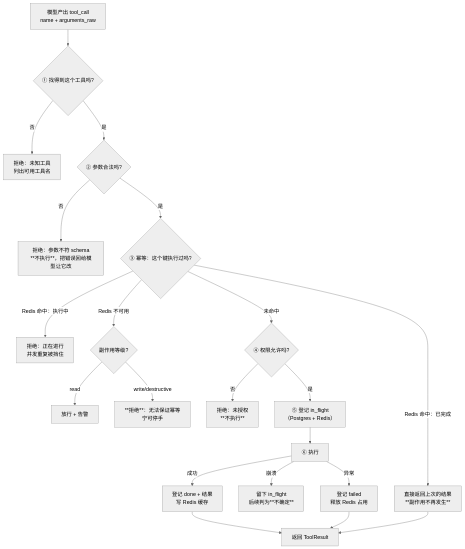
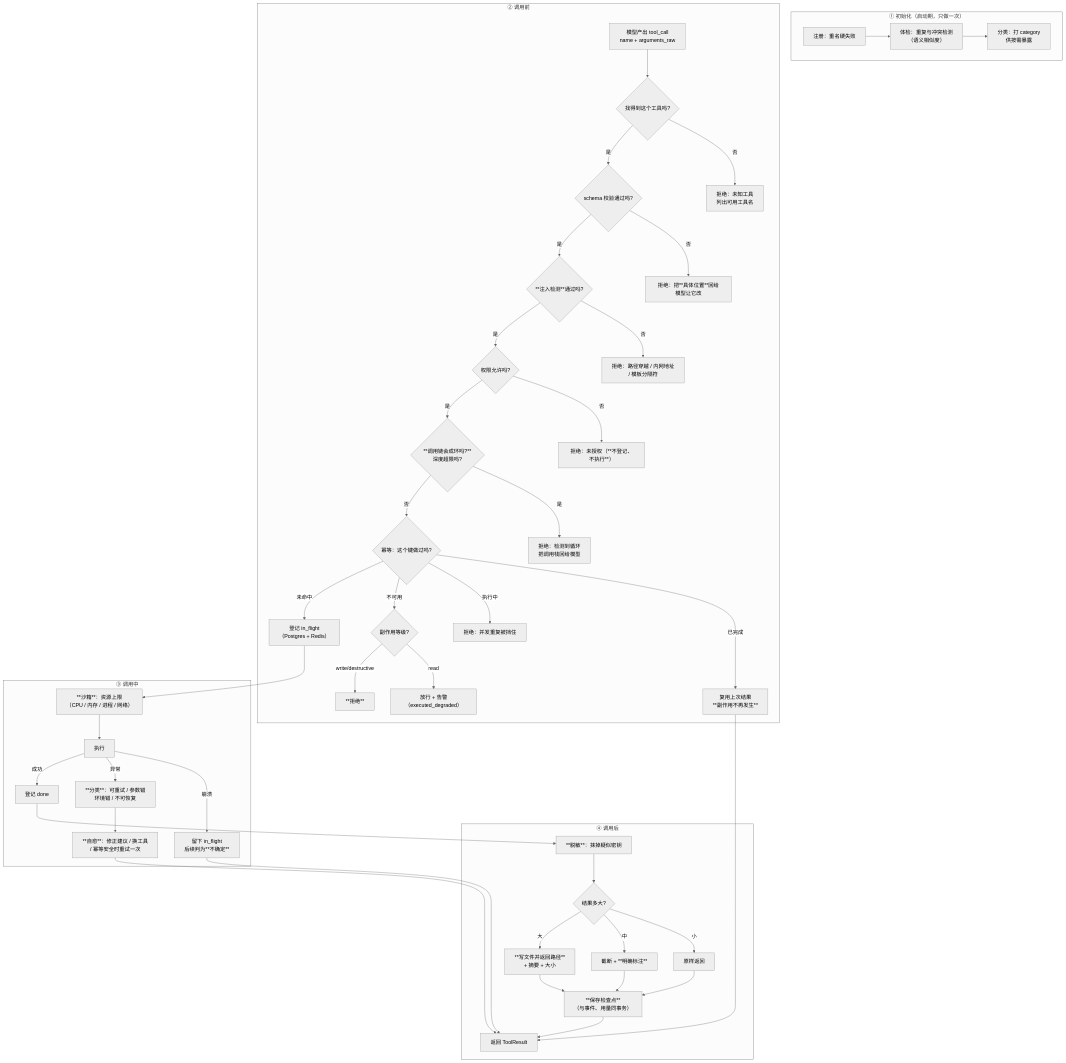
One commit to xiaokun715/BesaAgent changed the diagram in docs/tool/需求说明书-tool.md. Above: the diagram before and after it, drawn with Mermaid (neutral theme). The commit also changed other lines of this file and 18 other files, not shown here.

First line of the commit message:
feat(tool): 补上工具生命周期的另外三段 —— 初始化 / 调用中 / 调用后安全项

````diff
--- a/docs/tool/需求说明书-tool.md
+++ b/docs/tool/需求说明书-tool.md
@@ -131,23 +134,49 @@
 ```mermaid
 flowchart TD
-    A["模型产出 tool_call<br/>name + arguments_raw"] --> B{"① 找得到这个工具吗?"}
-    B -- 否 --> B1["拒绝：未知工具<br/>列出可用工具名"]
-    B -- 是 --> C{"② 参数合法吗?"}
-    C -- 否 --> C1["拒绝：参数不符 schema<br/>**不执行**，把错误回给模型让它改"]
-    C -- 是 --> D{"③ 幂等：这个键执行过吗?"}
-    D -- "Redis 命中：已完成" --> D1["直接返回上次的结果<br/>**副作用不再发生**"]
-    D -- "Redis 命中：执行中" --> D2["拒绝：正在进行<br/>并发重复被挡住"]
-    D -- "Redis 不可用" --> D3{"副作用等级?"}
-    D3 -- "read" --> D4["放行 + 告警"]
-    D3 -- "write/destructive" --> D5["**拒绝**：无法保证幂等<br/>宁可停手"]
-    D -- "未命中" --> E{"④ 权限允许吗?"}
-    E -- 否 --> E1["拒绝：未授权<br/>**不执行**"]
-    E -- 是 --> F["⑤ 登记 in_flight<br/>（Postgres + Redis）"]
-    F --> G["⑥ 执行"]
-    G -- 崩溃 --> G1["留下 in_flight<br/>后续判为**不确定**"]
-    G -- 异常 --> H1["登记 failed<br/>释放 Redis 占用"]
-    G -- 成功 --> H2["登记 done + 结果<br/>写 Redis 缓存"]
-    H2 --> I["返回 ToolResult"]
-    H1 --> I
-    D1 --> I
+    subgraph INIT["① 初始化（启动期，只做一次）"]
+        I1["注册：重名硬失败"] --> I2["体检：重复与冲突检测<br/>（语义相似度）"]
+        I2 --> I3["分类：打 category<br/>供按需暴露"]
+    end
+
+    subgraph PRE["② 调用前"]
+        A["模型产出 tool_call<br/>name + arguments_raw"] --> B{"找得到这个工具吗?"}
+        B -- 否 --> B1["拒绝：未知工具<br/>列出可用工具名"]
+        B -- 是 --> C{"schema 校验通过吗?"}
+        C -- 否 --> C1["拒绝：把**具体位置**回给模型让它改"]
+        C -- 是 --> D{"**注入检测**通过吗?"}
+        D -- 否 --> D1["拒绝：路径穿越 / 内网地址<br/>/ 模板分隔符"]
+        D -- 是 --> E{"权限允许吗?"}
+        E -- 否 --> E1["拒绝：未授权（**不登记、不执行**）"]
+        E -- 是 --> F{"**调用链会成环吗?**<br/>深度超限吗?"}
+        F -- 是 --> F1["拒绝：检测到循环<br/>把调用栈回给模型"]
+        F -- 否 --> G{"幂等：这个键做过吗?"}
+        G -- 已完成 --> G1["复用上次结果<br/>**副作用不再发生**"]
+        G -- 执行中 --> G2["拒绝：并发重复被挡住"]
+        G -- 不可用 --> G3{"副作用等级?"}
+        G3 -- read --> G4["放行 + 告警（executed_degraded）"]
+        G3 -- write/destructive --> G5["**拒绝**"]
+        G -- 未命中 --> H["登记 in_flight<br/>（Postgres + Redis）"]
+    end
+
+    subgraph RUN["③ 调用中"]
+        H --> J["**沙箱**：资源上限<br/>（CPU / 内存 / 进程 / 网络）"]
+        J --> K["执行"]
+        K -- 崩溃 --> K1["留下 in_flight<br/>后续判为**不确定**"]
+        K -- 异常 --> K2["**分类**：可重试 / 参数错<br/>环境错 / 不可恢复"]
+        K2 --> K3["**自愈**：修正建议 / 换工具<br/>/ 幂等安全时重试一次"]
+        K -- 成功 --> L["登记 done"]
+    end
+
+    subgraph POST["④ 调用后"]
+        L --> M["**脱敏**：抹掉疑似密钥"]
+        M --> N{"结果多大?"}
+        N -- 小 --> N1["原样返回"]
+        N -- 中 --> N2["截断 + **明确标注**"]
+        N -- 大 --> N3["**写文件并返回路径**<br/>+ 摘要 + 大小"]
+        N1 & N2 & N3 --> O["**保存检查点**<br/>（与事件、用量同事务）"]
+        O --> P["返回 ToolResult"]
+        K1 --> P
+        K3 --> P
+        G1 --> P
+    end
 ```
````
